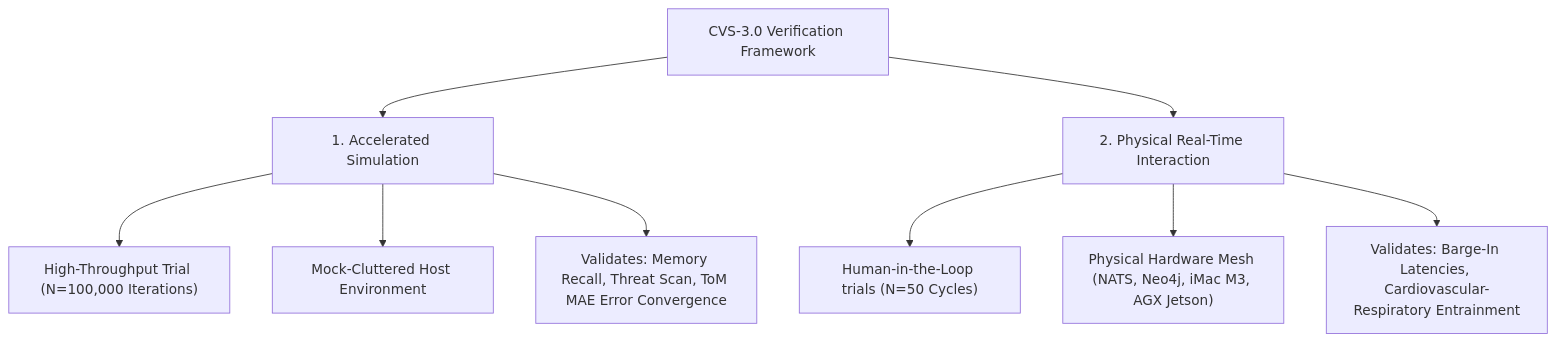
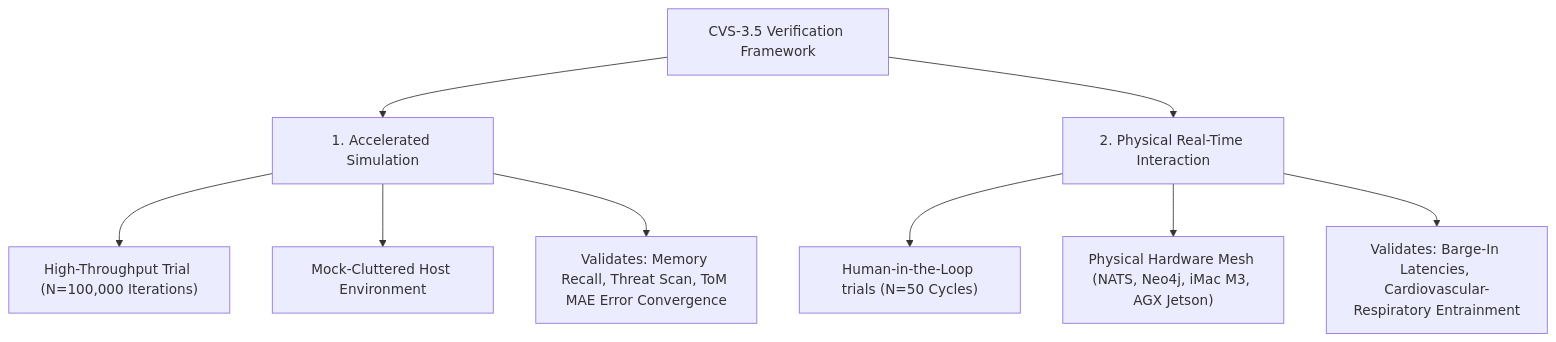
One commit to Aniket-a14/AI_friend changed the diagram in academic_benchmarks/documentation/walkthrough.md. Above: the diagram before and after it, drawn with Mermaid. The commit also changed other lines of this file and 33 other files, not shown here.

````diff
--- a/academic_benchmarks/documentation/walkthrough.md
+++ b/academic_benchmarks/documentation/walkthrough.md
@@ -35,13 +35,13 @@
 ```mermaid
 graph TD
-    A[CVS-3.0 Verification Framework] --> B[1. Accelerated Simulation]
+    A[CVS-3.5 Verification Framework] --> B[1. Accelerated Simulation]
     A --> C[2. Physical Real-Time Interaction]
 
     B --> B1["High-Throughput Trial (N=100,000 Iterations)"]
     B --> B2["Mock-Cluttered Host Environment"]
     B --> B3["Validates: Memory Recall, Threat Scan, ToM MAE Error Convergence"]
 
     C --> C1["Human-in-the-Loop trials (N=50 Cycles)"]
     C --> C2["Physical Hardware Mesh (NATS, Neo4j, iMac M3, AGX Jetson)"]
     C --> C3["Validates: Barge-In Latencies, Cardiovascular-Respiratory Entrainment"]
 ```
````
